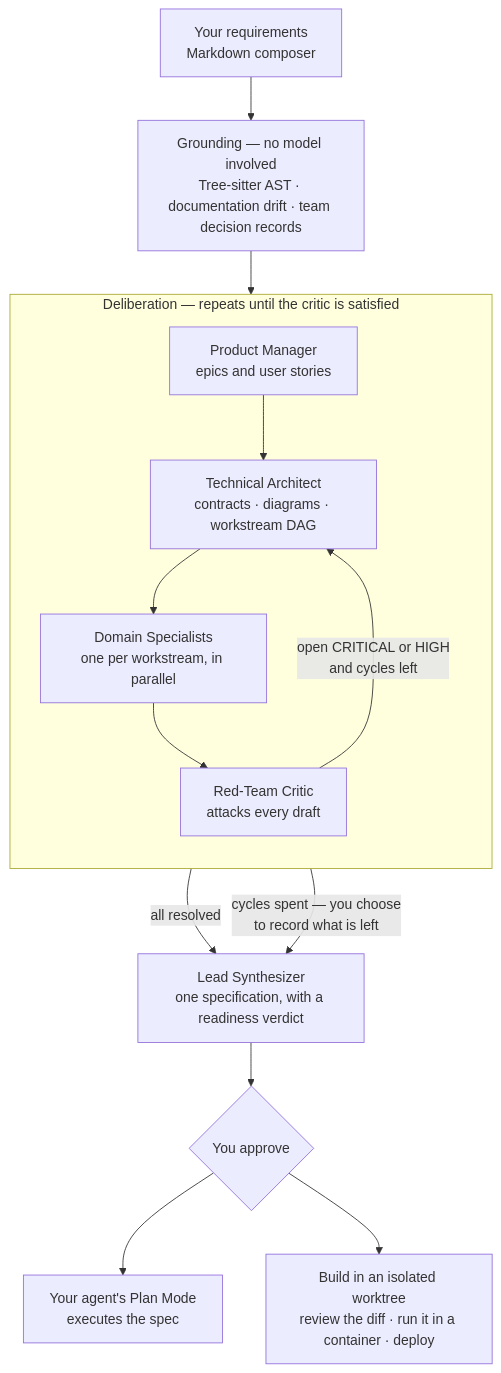
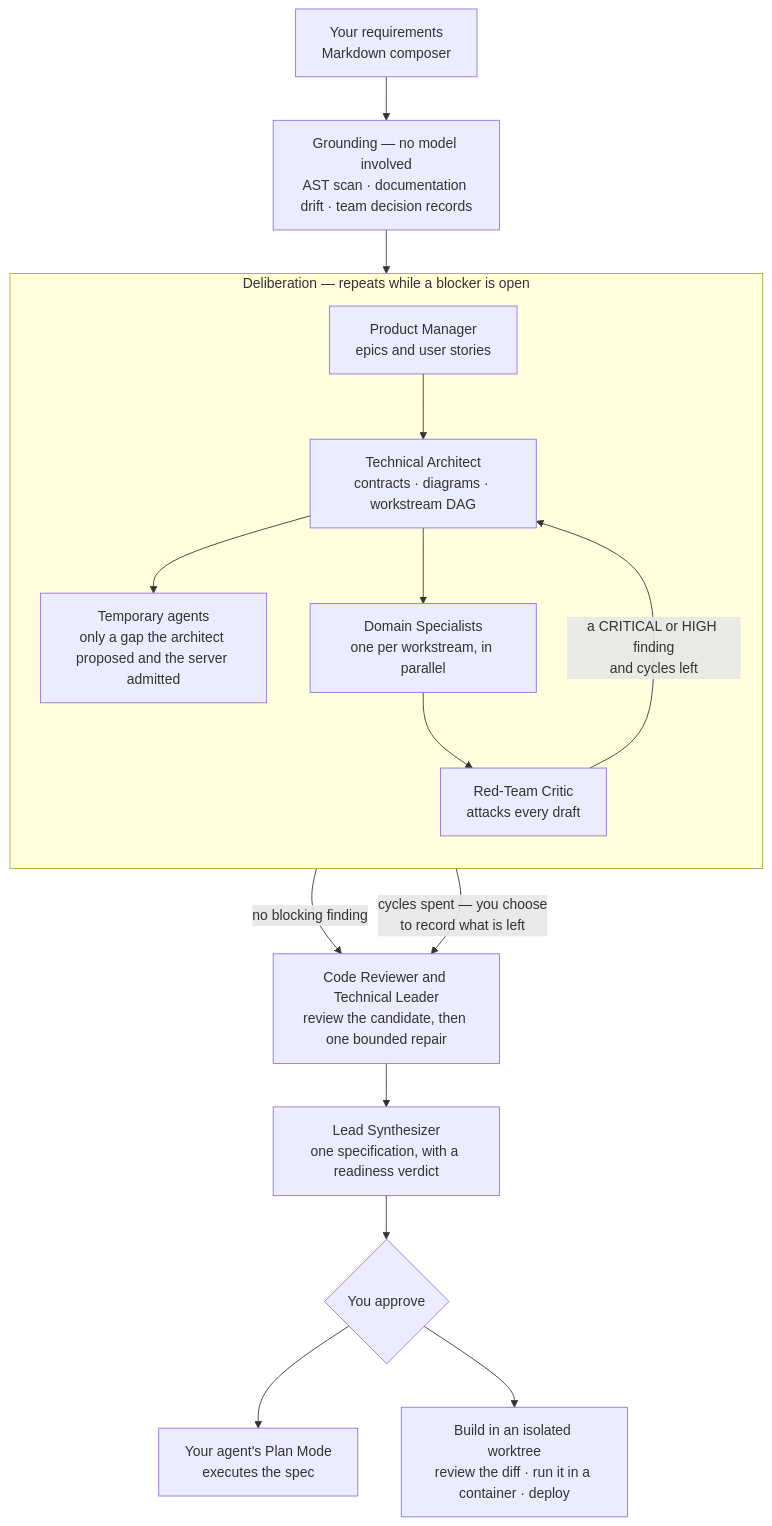
Before and after one commit to danielckv/agentic-plan-forge: the second of 2 diagrams in README.md, drawn with Mermaid. The commit also changed other lines of this file and 126 other files, not shown here.

````diff
--- a/README.md
+++ b/README.md
@@ -94,30 +99,34 @@
 ```mermaid
 flowchart TD
     REQ["Your requirements<br/>Markdown composer"]
-    GROUND["Grounding — no model involved<br/>Tree-sitter AST · documentation drift · team decision records"]
+    GROUND["Grounding — no model involved<br/>AST scan · documentation drift · team decision records"]
 
-    subgraph CYCLE ["Deliberation — repeats until the critic is satisfied"]
+    subgraph CYCLE ["Deliberation — repeats while a blocker is open"]
         direction TB
         PM["Product Manager<br/>epics and user stories"]
         ARCH["Technical Architect<br/>contracts · diagrams · workstream DAG"]
+        TMP["Temporary agents<br/>only a gap the architect proposed and the server admitted"]
         SPEC["Domain Specialists<br/>one per workstream, in parallel"]
         CRIT["Red-Team Critic<br/>attacks every draft"]
         PM --> ARCH
+        ARCH --> TMP
         ARCH --> SPEC
         SPEC --> CRIT
-        CRIT -->|"open CRITICAL or HIGH<br/>and cycles left"| ARCH
+        CRIT -->|"a CRITICAL or HIGH finding<br/>and cycles left"| ARCH
     end
 
+    REVIEW["Code Reviewer and Technical Leader<br/>review the candidate, then one bounded repair"]
     SYNTH["Lead Synthesizer<br/>one specification, with a readiness verdict"]
     GATE{"You approve"}
     MODE["Your agent's Plan Mode<br/>executes the spec"]
     BUILD["Build in an isolated worktree<br/>review the diff · run it in a container · deploy"]
 
     REQ --> GROUND
     GROUND --> PM
-    CRIT -->|"all resolved"| SYNTH
-    CRIT -->|"cycles spent — you choose<br/>to record what is left"| SYNTH
+    CRIT -->|"no blocking finding"| REVIEW
+    CRIT -->|"cycles spent — you choose<br/>to record what is left"| REVIEW
+    REVIEW --> SYNTH
     SYNTH --> GATE
     GATE --> MODE
     GATE --> BUILD
 ```
````
